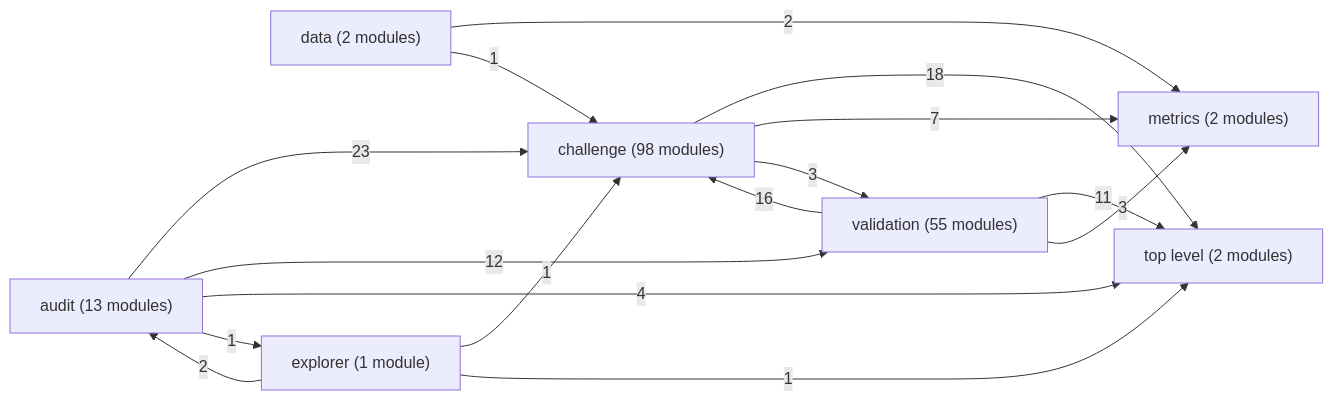
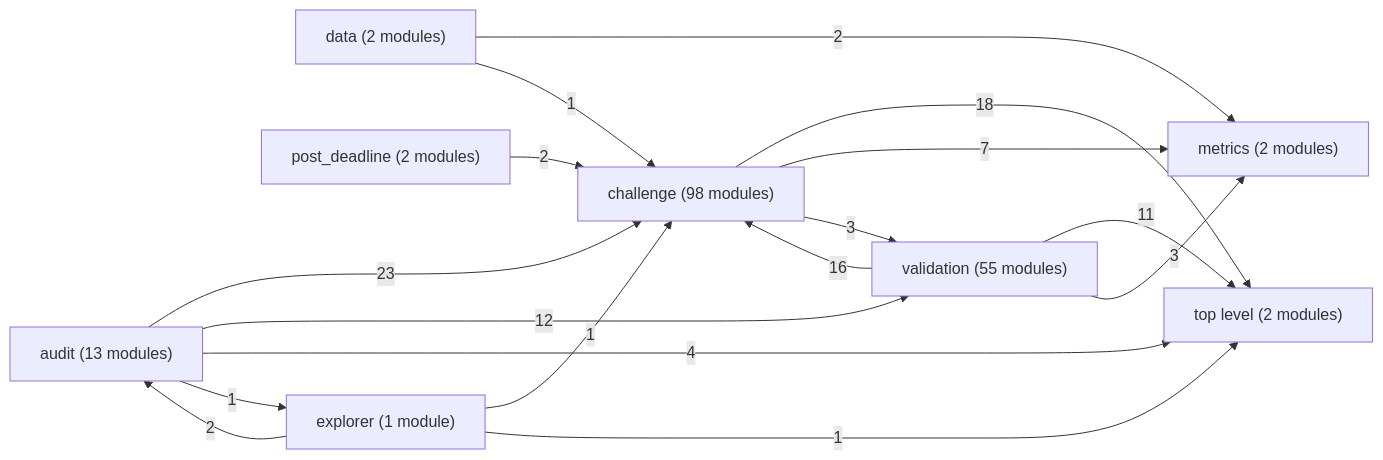
Before and after one commit to mohamedtalaat-gif/CYPMode: the diagram in docs/map/code.md, drawn with Mermaid. The commit also changed other lines of this file and 4 other files, not shown here.

Commit message:
The Software Heritage identifier of the release is a link in the front matter of the method report, and the project map and the report count the two modules of the analysis after the deadline

````diff
--- a/docs/map/code.md
+++ b/docs/map/code.md
@@ -5,25 +5,27 @@
 ```mermaid
 flowchart LR
   challenge["challenge (98 modules)"]
   validation["validation (55 modules)"]
   audit["audit (13 modules)"]
   data["data (2 modules)"]
   metrics["metrics (2 modules)"]
+  post_deadline["post_deadline (2 modules)"]
   top_level["top level (2 modules)"]
   explorer["explorer (1 module)"]
   audit -->|23| challenge
   challenge -->|18| top_level
   validation -->|16| challenge
   audit -->|12| validation
   validation -->|11| top_level
   challenge -->|7| metrics
   audit -->|4| top_level
   challenge -->|3| validation
   validation -->|3| metrics
   data -->|2| metrics
   explorer -->|2| audit
+  post_deadline -->|2| challenge
   audit -->|1| explorer
   data -->|1| challenge
   explorer -->|1| challenge
   explorer -->|1| top_level
 ```
````
